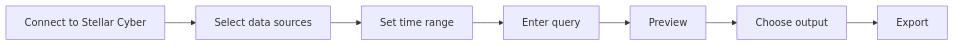
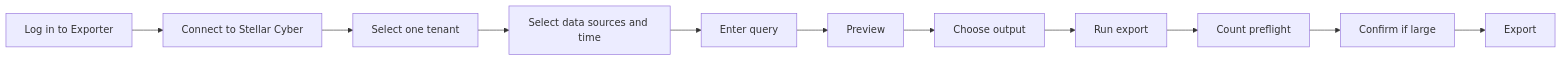
The diagram in products/stellar-data-exporter.mdx (xdr-labs/xdr-labs-portal), drawn with Mermaid before and after one commit. The commit also changed other lines of this file and 3 other files, not shown here.

First line of the commit message:
docs: align Stellar Data Exporter guide with tenant-scoped workflow

````diff
--- a/products/stellar-data-exporter.mdx
+++ b/products/stellar-data-exporter.mdx
@@ -30,9 +33,13 @@
 ```mermaid
 flowchart LR
-  A[Connect to Stellar Cyber] --> B[Select data sources]
-  B --> C[Set time range]
-  C --> D[Enter query]
-  D --> E[Preview]
-  E --> F[Choose output]
-  F --> G[Export]
+  A[Log in to Exporter] --> B[Connect to Stellar Cyber]
+  B --> C[Select one tenant]
+  C --> D[Select data sources and time]
+  D --> E[Enter query]
+  E --> F[Preview]
+  F --> G[Choose output]
+  G --> H[Run export]
+  H --> I[Count preflight]
+  I --> J[Confirm if large]
+  J --> K[Export]
 ```
````
